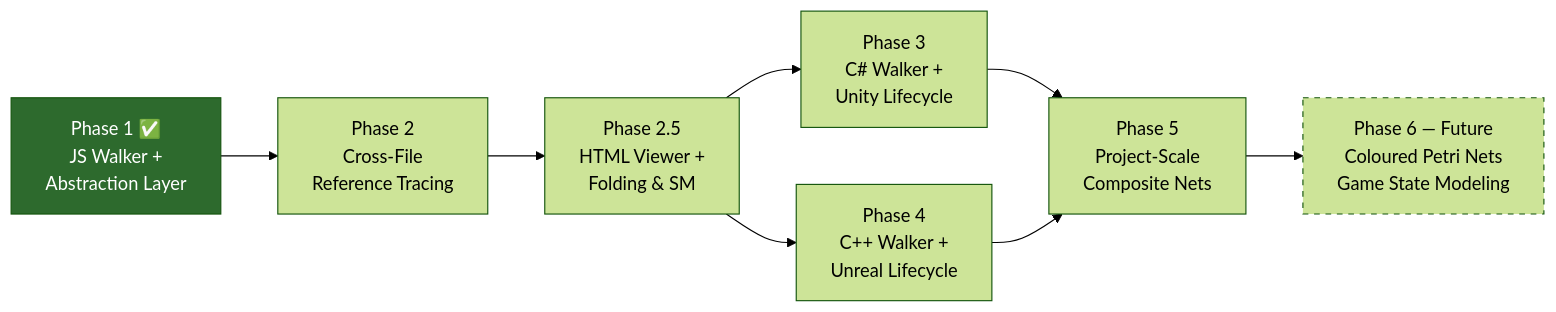
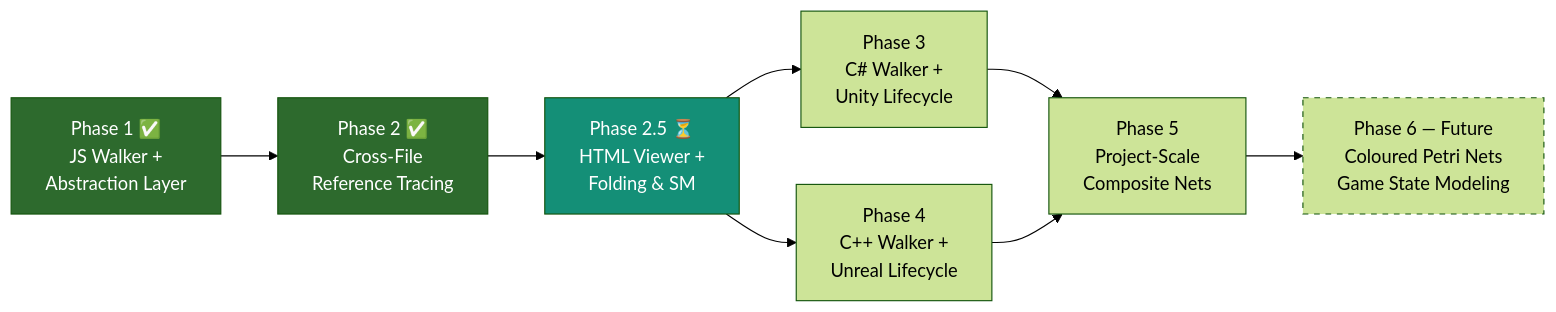
One commit to ric6121824/code2petri changed the first of 2 diagrams in .scratch/code2petri/grand_plan.md. Above: the diagram before and after it, drawn with Mermaid (forest theme). The commit also changed other lines of this file and 61 other files, not shown here.

Commit message:
docs(code2petri): update codebase summary, grand plan, readme, and regenerated game of life graphs

````diff
--- a/.scratch/code2petri/grand_plan.md
+++ b/.scratch/code2petri/grand_plan.md
@@ -38,12 +43,14 @@
 ```mermaid
 graph LR
-    P1["Phase 1 ✅\nJS Walker +\nAbstraction Layer"] --> P2["Phase 2\nCross-File\nReference Tracing"]
-    P2 --> P2H["Phase 2.5\nHTML Viewer +\nFolding & SM"]
+    P1["Phase 1 ✅\nJS Walker +\nAbstraction Layer"] --> P2["Phase 2 ✅\nCross-File\nReference Tracing"]
+    P2 --> P2H["Phase 2.5 ⏳\nHTML Viewer +\nFolding & SM"]
     P2H --> P3["Phase 3\nC# Walker +\nUnity Lifecycle"]
     P2H --> P4["Phase 4\nC++ Walker +\nUnreal Lifecycle"]
     P3 --> P5["Phase 5\nProject-Scale\nComposite Nets"]
     P4 --> P5
     P5 --> P6["Phase 6 — Future\nColoured Petri Nets\nGame State Modeling"]
     style P1 fill:#2d6a2d,color:#fff
+    style P2 fill:#2d6a2d,color:#fff
+    style P2H fill:#148f77,color:#fff
     style P6 stroke-dasharray: 5 5
 ```
````
